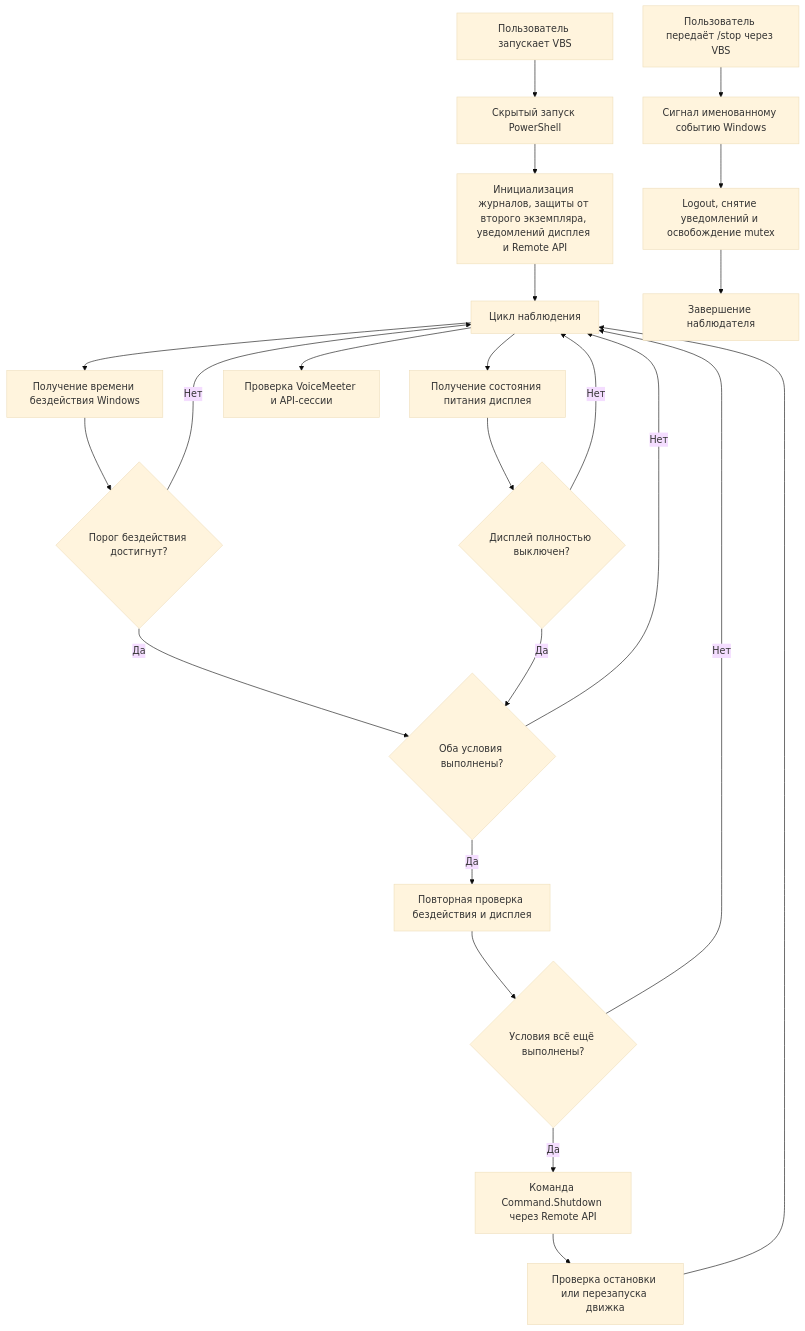
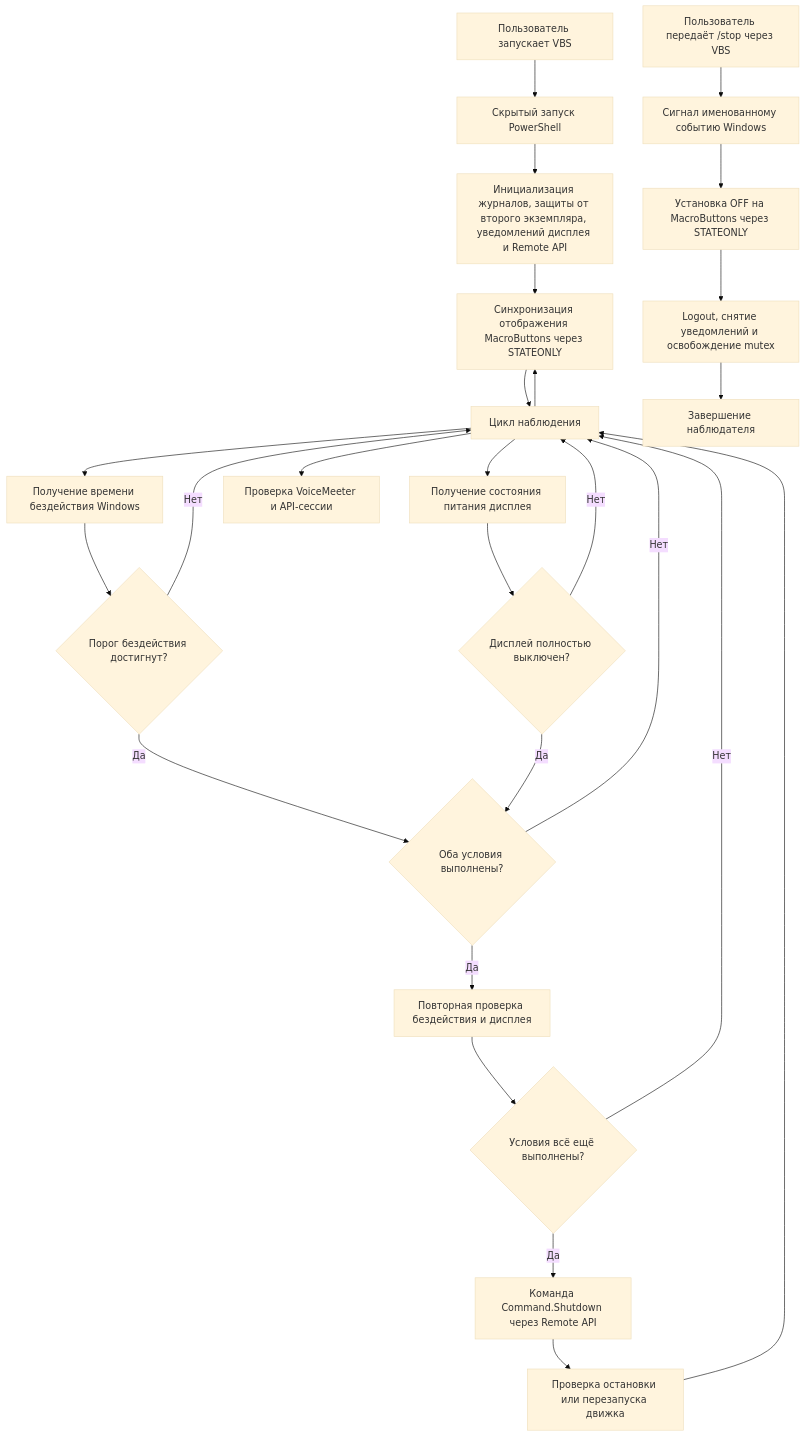
One commit to AnAllegory/VoiceMeeter-IdleWatcher changed the second of 2 diagrams in ARCHITECTURE.md. Above: the diagram before and after it, drawn with Mermaid (base theme). The commit also changed other lines of this file and 6 other files, not shown here.

Commit message:
Add optional MacroButtons display-state synchronization

````diff
--- a/ARCHITECTURE.md
+++ b/ARCHITECTURE.md
@@ -71,29 +78,32 @@
 ```mermaid
 flowchart TD
     A[Пользователь запускает VBS] --> B[Скрытый запуск PowerShell]
     B --> C[Инициализация журналов, защиты от второго экземпляра, уведомлений дисплея и Remote API]
-    C --> D[Цикл наблюдения]
+    C --> MB[Синхронизация отображения MacroButtons через STATEONLY]
+    MB --> D[Цикл наблюдения]
+    D --> MB
 
     D --> E[Получение времени бездействия Windows]
     D --> F[Получение состояния питания дисплея]
     D --> G[Проверка VoiceMeeter и API-сессии]
 
     E --> H{Порог бездействия достигнут?}
     F --> I{Дисплей полностью выключен?}
     H -->|Нет| D
     I -->|Нет| D
     H -->|Да| J{Оба условия выполнены?}
     I -->|Да| J
 
     J -->|Нет| D
     J -->|Да| K[Повторная проверка бездействия и дисплея]
     K --> L{Условия всё ещё выполнены?}
     L -->|Нет| D
     L -->|Да| M[Команда Command.Shutdown через Remote API]
     M --> N[Проверка остановки или перезапуска движка]
     N --> D
 
     P[Пользователь передаёт /stop через VBS] --> Q[Сигнал именованному событию Windows]
-    Q --> R[Logout, снятие уведомлений и освобождение mutex]
+    Q --> O[Установка OFF на MacroButtons через STATEONLY]
+    O --> R[Logout, снятие уведомлений и освобождение mutex]
     R --> S[Завершение наблюдателя]
 ```
````
